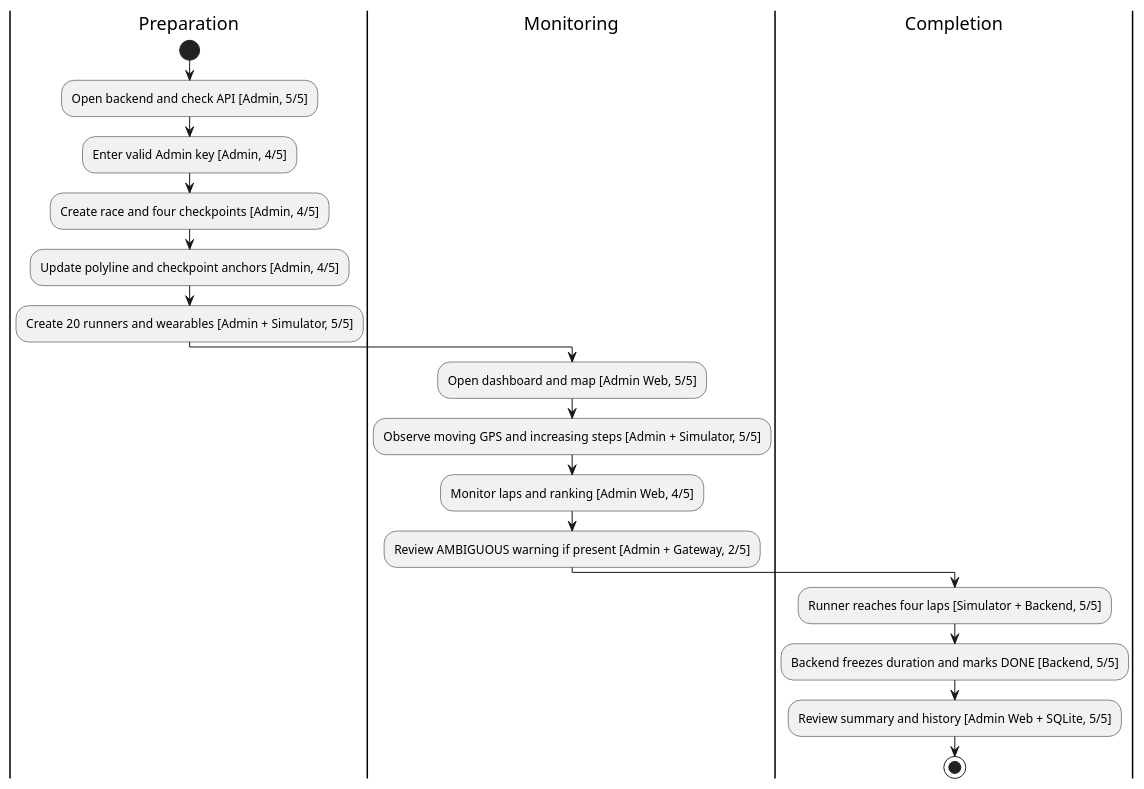
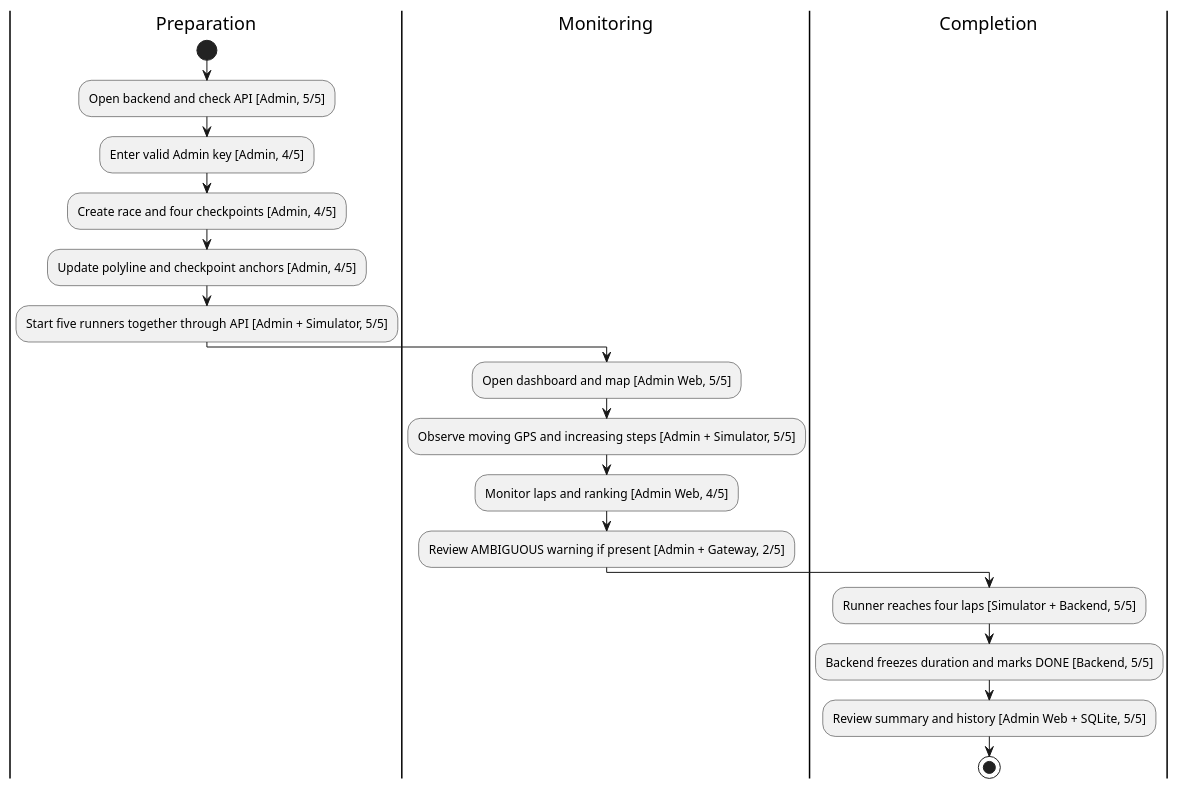
Before and after one commit to Dunnguyn/Smart_Running_Checkpoint_IoT: diagram 14 of 15 in docs/PLANTUML_DIAGRAMS.puml, drawn with PlantUML. The commit also changed other lines of this file and 7 other files, not shown here.

Commit message:
Add API-managed five-runner demo

```diff
--- a/docs/PLANTUML_DIAGRAMS.puml
+++ b/docs/PLANTUML_DIAGRAMS.puml
@@ -865,19 +892,19 @@
 @startuml
 |Preparation|
 start
 :Open backend and check API [Admin, 5/5];
 :Enter valid Admin key [Admin, 4/5];
 :Create race and four checkpoints [Admin, 4/5];
 :Update polyline and checkpoint anchors [Admin, 4/5];
-:Create 20 runners and wearables [Admin + Simulator, 5/5];
+:Start five runners together through API [Admin + Simulator, 5/5];
 |Monitoring|
 :Open dashboard and map [Admin Web, 5/5];
 :Observe moving GPS and increasing steps [Admin + Simulator, 5/5];
 :Monitor laps and ranking [Admin Web, 4/5];
 :Review AMBIGUOUS warning if present [Admin + Gateway, 2/5];
 |Completion|
 :Runner reaches four laps [Simulator + Backend, 5/5];
 :Backend freezes duration and marks DONE [Backend, 5/5];
 :Review summary and history [Admin Web + SQLite, 5/5];
 stop
 @enduml
```
